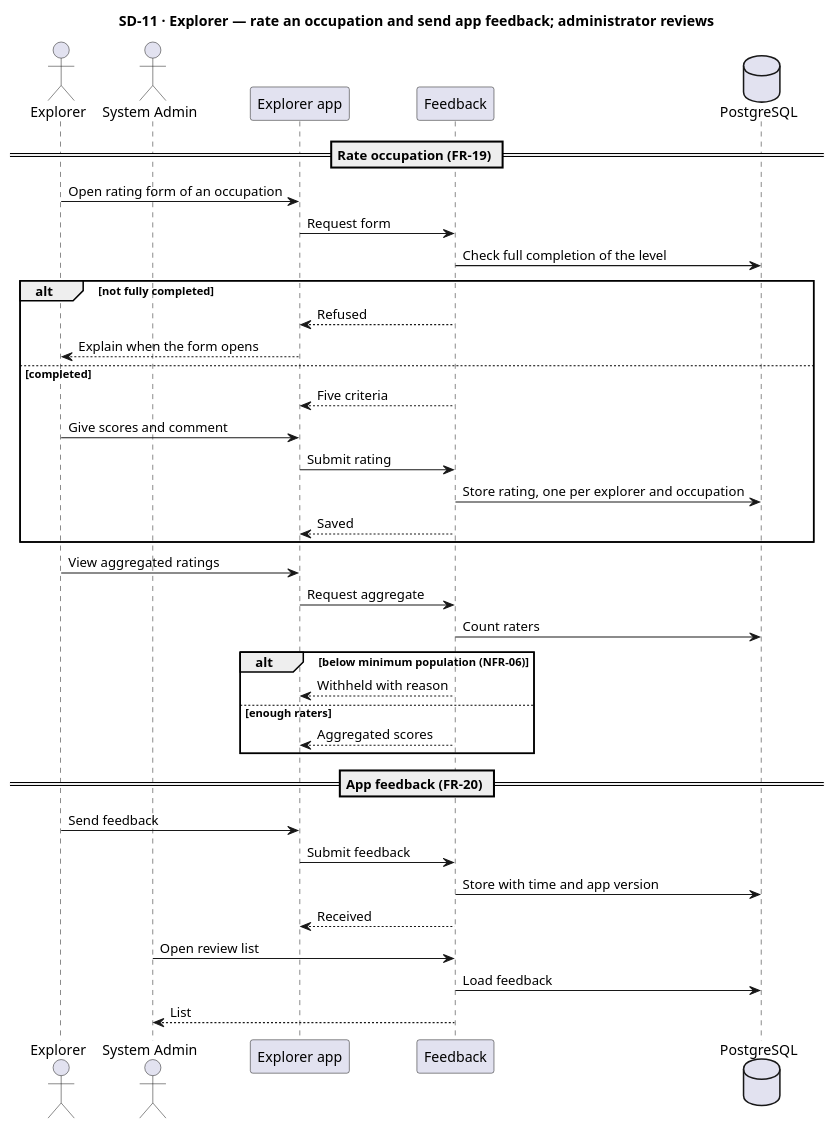
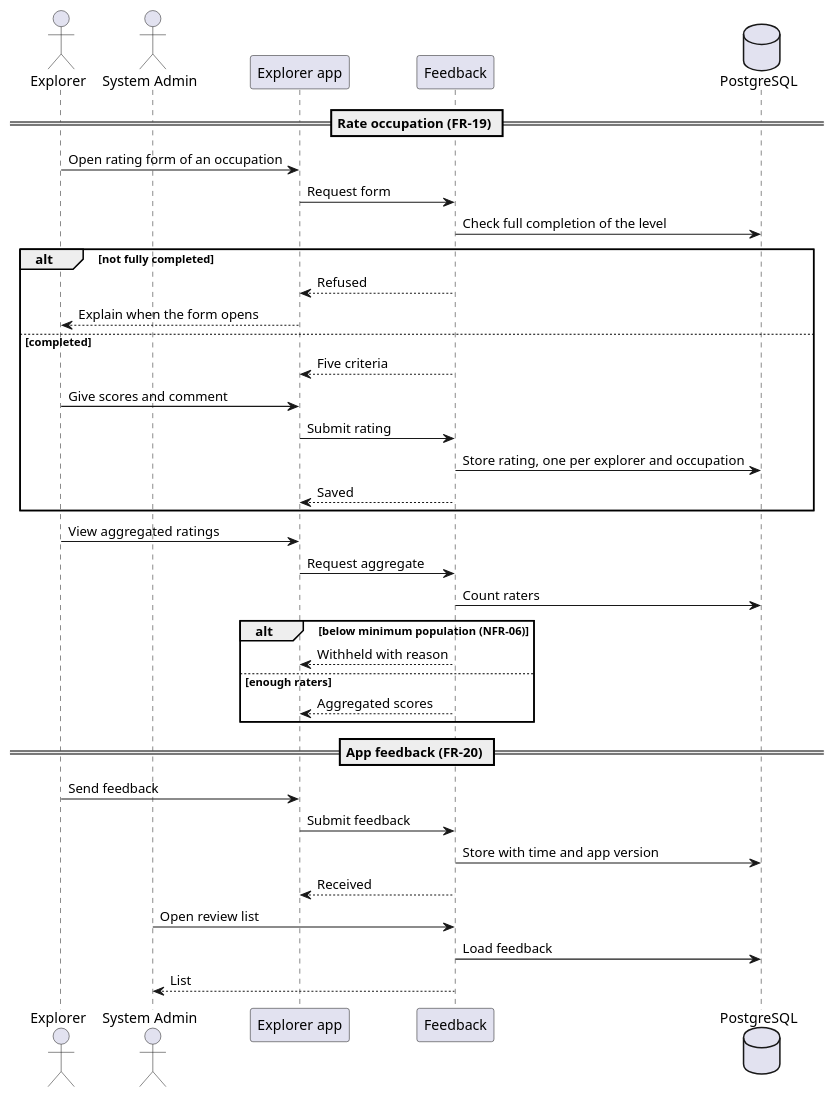
The diagram in reports/master/plantuml/sequence/SD-11_Explorer_RateAndFeedback.puml (The-Golden-Trio/Capstone-Project), drawn with PlantUML before and after one commit. The commit also changed 167 other files, not shown here.

```diff
--- a/reports/master/plantuml/sequence/SD-11_Explorer_RateAndFeedback.puml
+++ b/reports/master/plantuml/sequence/SD-11_Explorer_RateAndFeedback.puml
@@ -1,41 +1,40 @@
 @startuml SD-11_Explorer_RateAndFeedback
-title SD-11 · Explorer — rate an occupation and send app feedback; administrator reviews
 
 actor Explorer
 actor "System Admin" as Adm
 participant "Explorer app" as App
 participant "Feedback" as Fb
 database "PostgreSQL" as DB
 
 == Rate occupation (FR-19) ==
 Explorer -> App : Open rating form of an occupation
 App -> Fb : Request form
 Fb -> DB : Check full completion of the level
 alt not fully completed
   Fb --> App : Refused
   App --> Explorer : Explain when the form opens
 else completed
   Fb --> App : Five criteria
   Explorer -> App : Give scores and comment
   App -> Fb : Submit rating
   Fb -> DB : Store rating, one per explorer and occupation
   Fb --> App : Saved
 end
 Explorer -> App : View aggregated ratings
 App -> Fb : Request aggregate
 Fb -> DB : Count raters
 alt below minimum population (NFR-06)
   Fb --> App : Withheld with reason
 else enough raters
   Fb --> App : Aggregated scores
 end
 
 == App feedback (FR-20) ==
 Explorer -> App : Send feedback
 App -> Fb : Submit feedback
 Fb -> DB : Store with time and app version
 Fb --> App : Received
 Adm -> Fb : Open review list
 Fb -> DB : Load feedback
 Fb --> Adm : List
 @enduml
```
